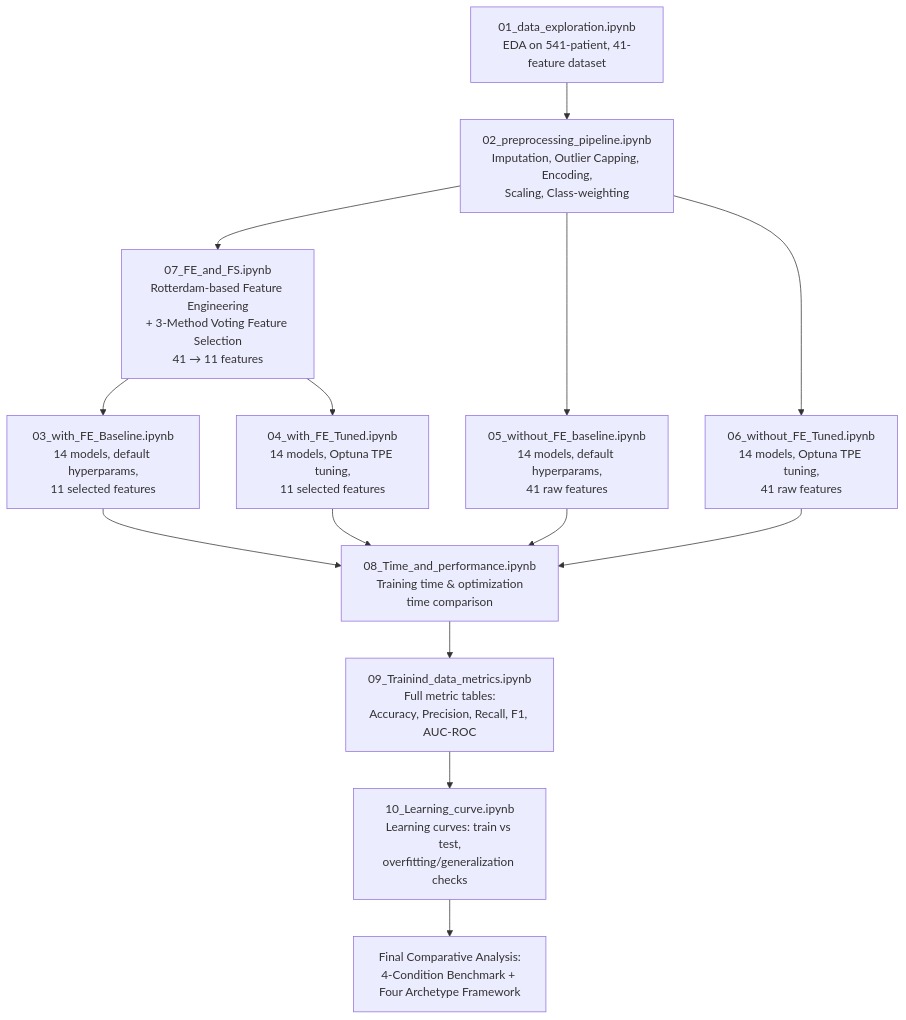
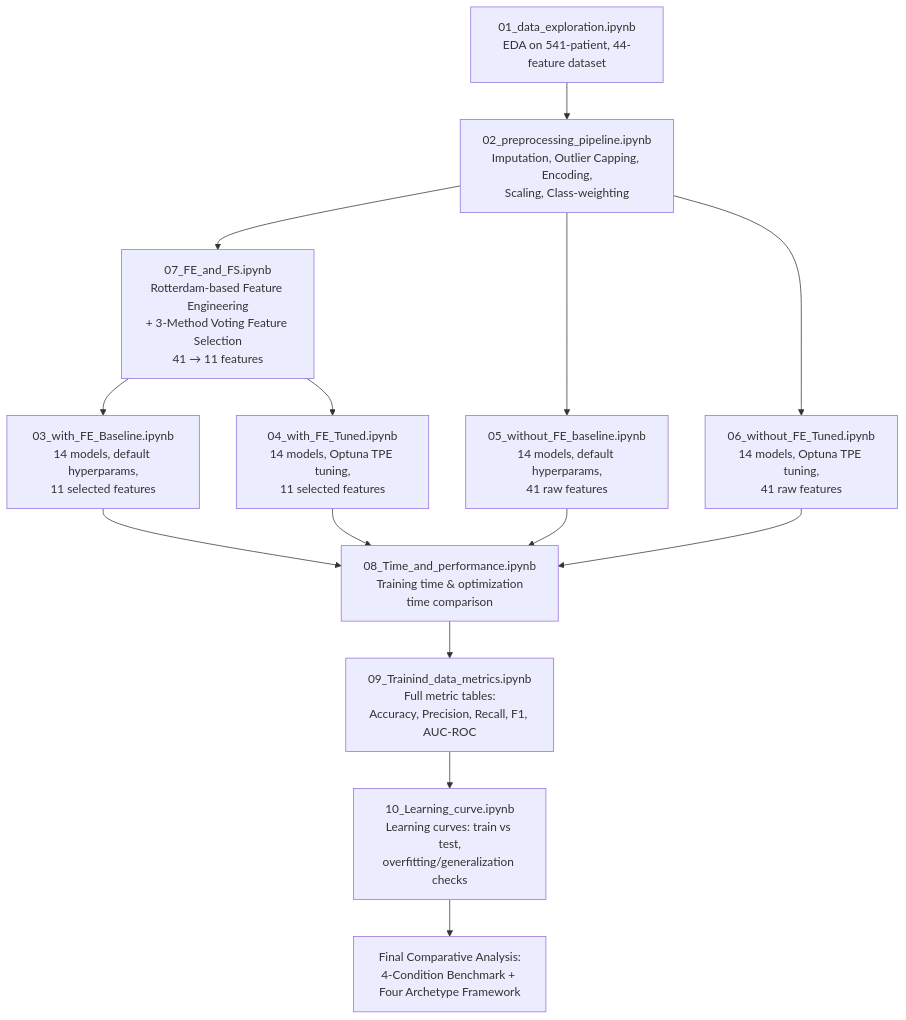
One commit to hariniisathappan/PCOS_Classification_Using_Machine_Learning changed the first of 4 diagrams in README.md. Above: the diagram before and after it, drawn with Mermaid. The commit also changed other lines of this file, not shown here.

````diff
--- a/README.md
+++ b/README.md
@@ -24,23 +23,23 @@
 ```mermaid
 flowchart TD
-    N1[01_data_exploration.ipynb<br/>EDA on 541-patient, 41-feature dataset] --> N2
+    N1[01_data_exploration.ipynb<br/>EDA on 541-patient, 44-feature dataset] --> N2
 
     N2[02_preprocessing_pipeline.ipynb<br/>Imputation, Outlier Capping, Encoding,<br/>Scaling, Class-weighting] --> N7
 
     N7[07_FE_and_FS.ipynb<br/>Rotterdam-based Feature Engineering<br/>+ 3-Method Voting Feature Selection<br/>41 → 11 features] --> N3
     N7 --> N4
     N2 --> N5
     N2 --> N6
 
     N5[05_without_FE_baseline.ipynb<br/>14 models, default hyperparams,<br/>41 raw features] --> N8
     N3[03_with_FE_Baseline.ipynb<br/>14 models, default hyperparams,<br/>11 selected features] --> N8
 
     N6[06_without_FE_Tuned.ipynb<br/>14 models, Optuna TPE tuning,<br/>41 raw features] --> N8
     N4[04_with_FE_Tuned.ipynb<br/>14 models, Optuna TPE tuning,<br/>11 selected features] --> N8
 
     N8[08_Time_and_performance.ipynb<br/>Training time & optimization<br/>time comparison] --> N9
     N9[09_Trainind_data_metrics.ipynb<br/>Full metric tables:<br/>Accuracy, Precision, Recall, F1, AUC-ROC] --> N10
     N10[10_Learning_curve.ipynb<br/>Learning curves: train vs test,<br/>overfitting/generalization checks] --> FINAL
 
     FINAL[Final Comparative Analysis:<br/>4-Condition Benchmark + Four Archetype Framework]
 ```
````
